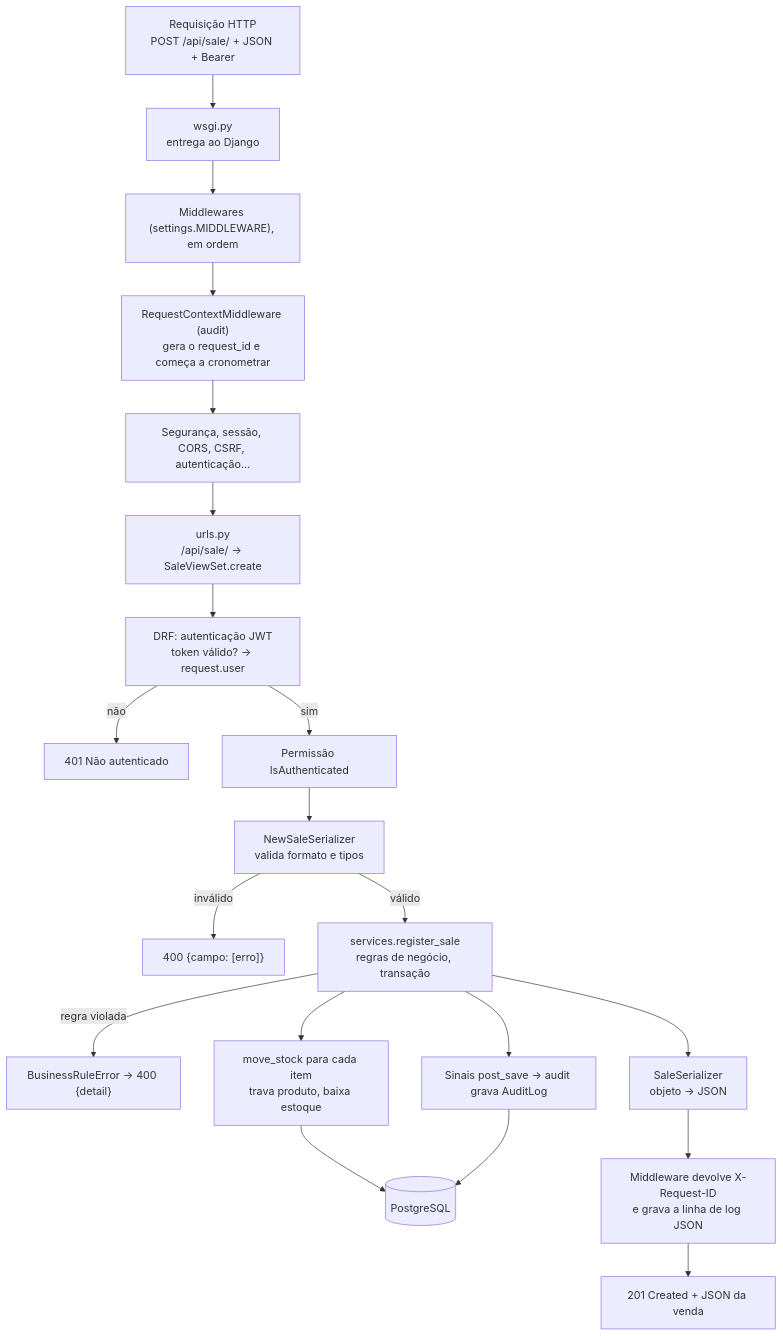
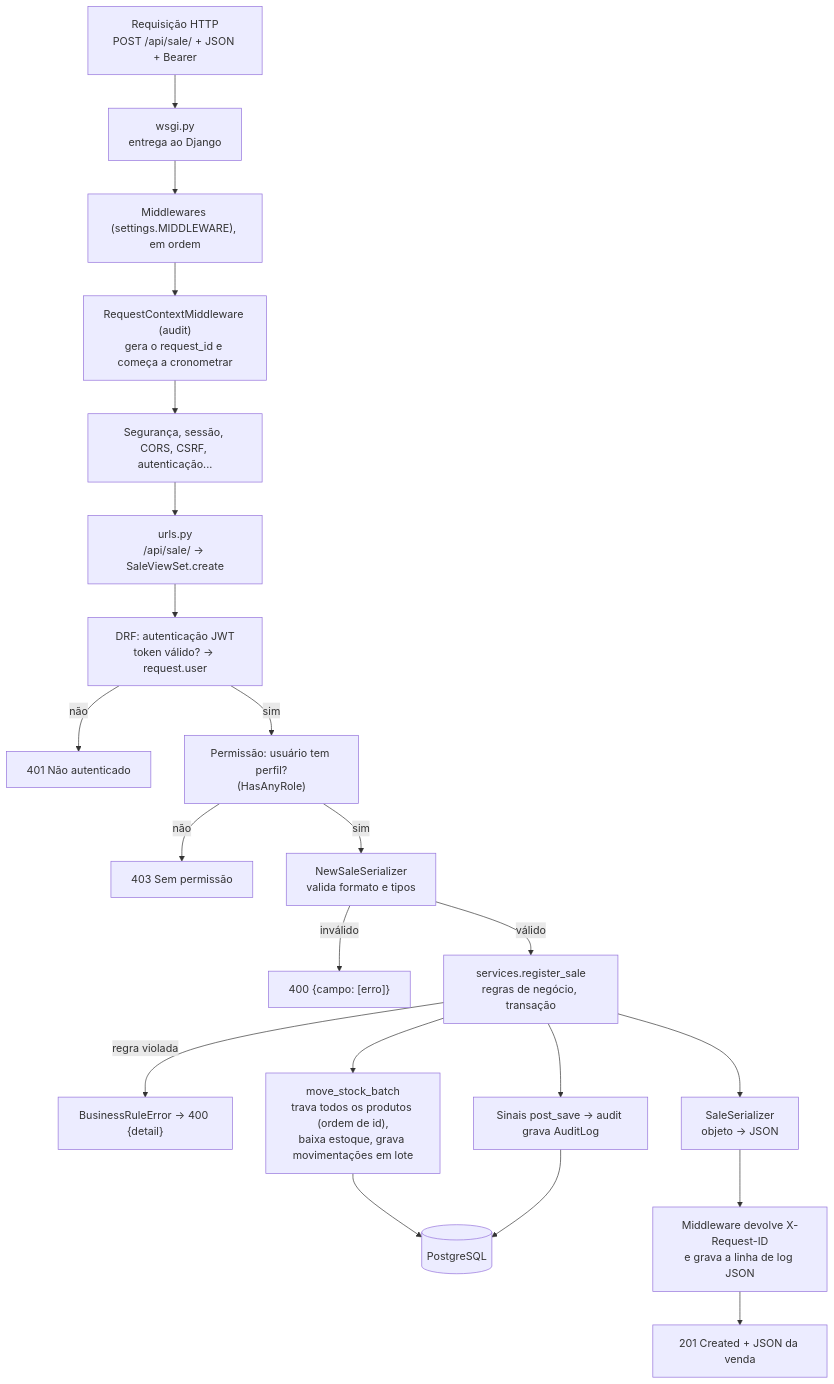
The fourth of 8 diagrams in docs/ARQUITETURA.md (Lucas-Praia/estoque-vendas-api), drawn with Mermaid before and after one commit. The commit also changed other lines of this file and 26 other files, not shown here.

````diff
--- a/docs/ARQUITETURA.md
+++ b/docs/ARQUITETURA.md
@@ -245,22 +253,23 @@
 ```mermaid
 flowchart TD
     A["Requisição HTTP<br/>POST /api/sale/ + JSON + Bearer"] --> B["wsgi.py<br/>entrega ao Django"]
     B --> C["Middlewares (settings.MIDDLEWARE), em ordem"]
     C --> C1["RequestContextMiddleware (audit)<br/>gera o request_id e começa a cronometrar"]
     C1 --> C2["Segurança, sessão, CORS, CSRF, autenticação..."]
     C2 --> D["urls.py<br/>/api/sale/ → SaleViewSet.create"]
     D --> E["DRF: autenticação JWT<br/>token válido? → request.user"]
     E -->|não| E1["401 Não autenticado"]
-    E -->|sim| F["Permissão IsAuthenticated"]
-    F --> G["NewSaleSerializer<br/>valida formato e tipos"]
+    E -->|sim| F["Permissão: usuário tem perfil?<br/>(HasAnyRole)"]
+    F -->|não| F1["403 Sem permissão"]
+    F -->|sim| G["NewSaleSerializer<br/>valida formato e tipos"]
     G -->|inválido| G1["400 {campo: [erro]}"]
     G -->|válido| H["services.register_sale<br/>regras de negócio, transação"]
     H -->|regra violada| H1["BusinessRuleError → 400 {detail}"]
-    H --> I["move_stock para cada item<br/>trava produto, baixa estoque"]
+    H --> I["move_stock_batch<br/>trava todos os produtos (ordem de id),<br/>baixa estoque, grava movimentações em lote"]
     I --> J[("PostgreSQL")]
     H --> K["Sinais post_save → audit grava AuditLog"]
     K --> J
     H --> L["SaleSerializer<br/>objeto → JSON"]
     L --> M["Middleware devolve X-Request-ID<br/>e grava a linha de log JSON"]
     M --> N["201 Created + JSON da venda"]
 ```
````
